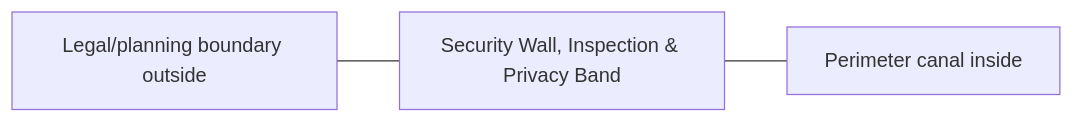
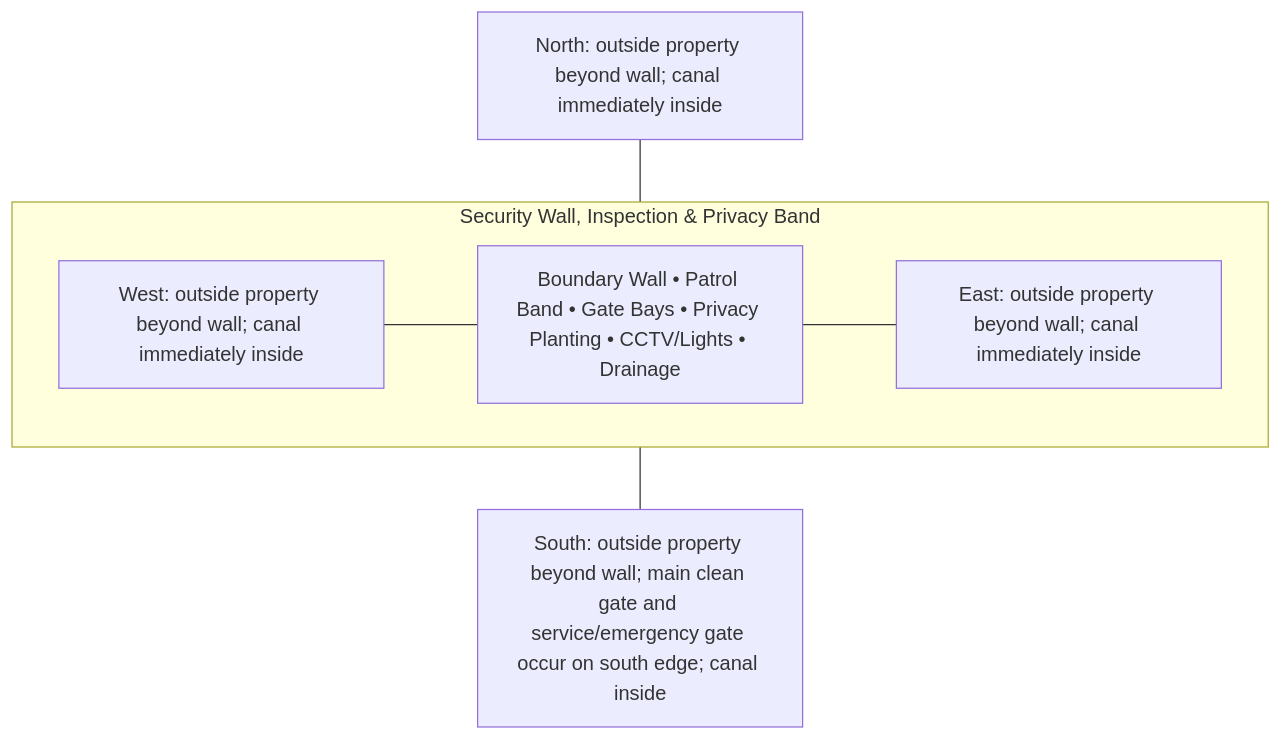
The diagram in spaces/02-security-perimeter/ARCHITECTURE.md (agro-firm/Self-Sufficient-Eco-Farm), drawn with Mermaid before and after one commit. The commit also changed other lines of this file and 31 other files, not shown here.

Commit message:
Add full per-space architecture and blueprint authorities

````diff
--- a/spaces/02-security-perimeter/ARCHITECTURE.md
+++ b/spaces/02-security-perimeter/ARCHITECTURE.md
@@ -35,7 +50,14 @@
 ```mermaid
-flowchart LR
-    A["Legal/planning boundary outside"]
-    S["Security Wall, Inspection & Privacy Band"]
-    B["Perimeter canal inside"]
-    A --- S --- B
+flowchart TB
+    N["North: outside property beyond wall; canal immediately inside"]
+    subgraph ROW["Security Wall, Inspection & Privacy Band"]
+      direction LR
+      W["West: outside property beyond wall; canal immediately inside"]
+      C["Boundary Wall • Patrol Band • Gate Bays • Privacy Planting • CCTV/Lights • Drainage"]
+      E["East: outside property beyond wall; canal immediately inside"]
+      W --- C --- E
+    end
+    S["South: outside property beyond wall; main clean gate and service/emergency gate occur on south edge; canal inside"]
+    N --- C
+    C --- S
 ```
````
